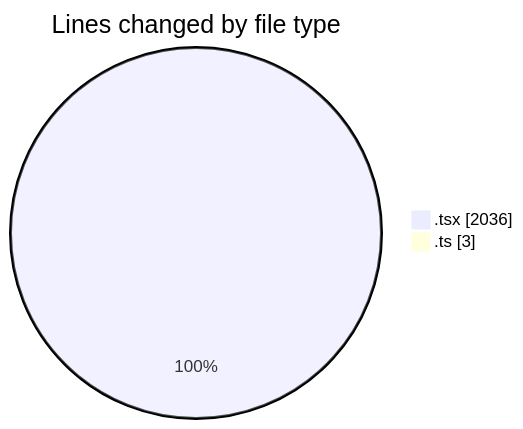
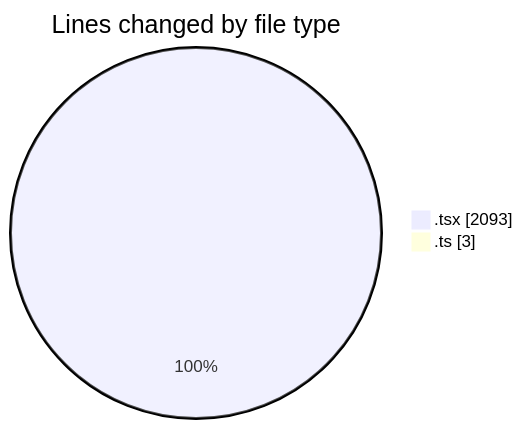
One commit to momahboobian/code-tracking changed the first of 2 diagrams in 2025-02-12/cda/README.md. Above: the diagram before and after it, drawn with Mermaid. The commit also changed other lines of this file and 1 other file, not shown here.

````diff
--- a/2025-02-12/cda/README.md
+++ b/2025-02-12/cda/README.md
@@ -23,6 +23,6 @@
 ```mermaid
 pie showData
 title Lines changed by file type
-".tsx" : 2036
+".tsx" : 2093
 ".ts" : 3
 ```
````
